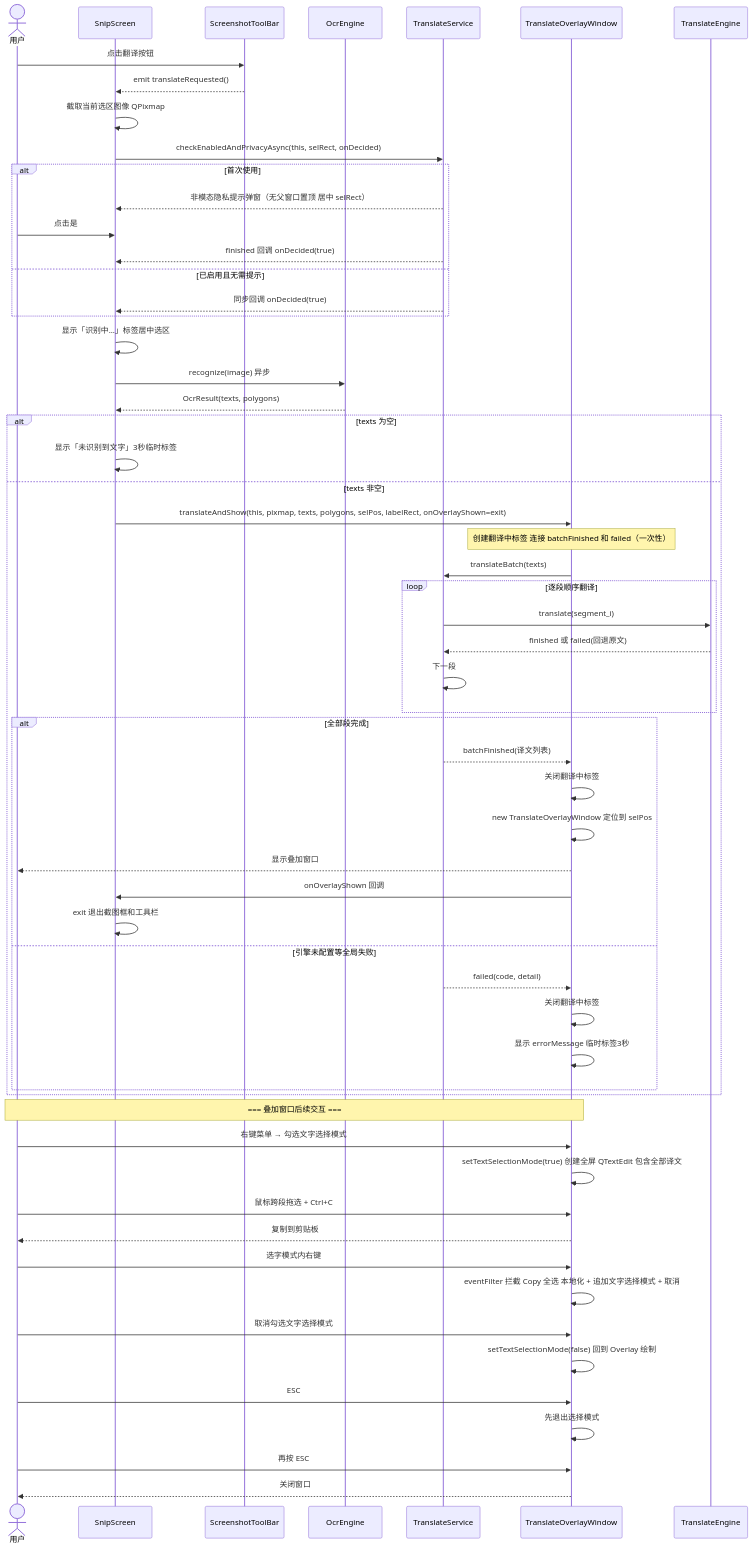
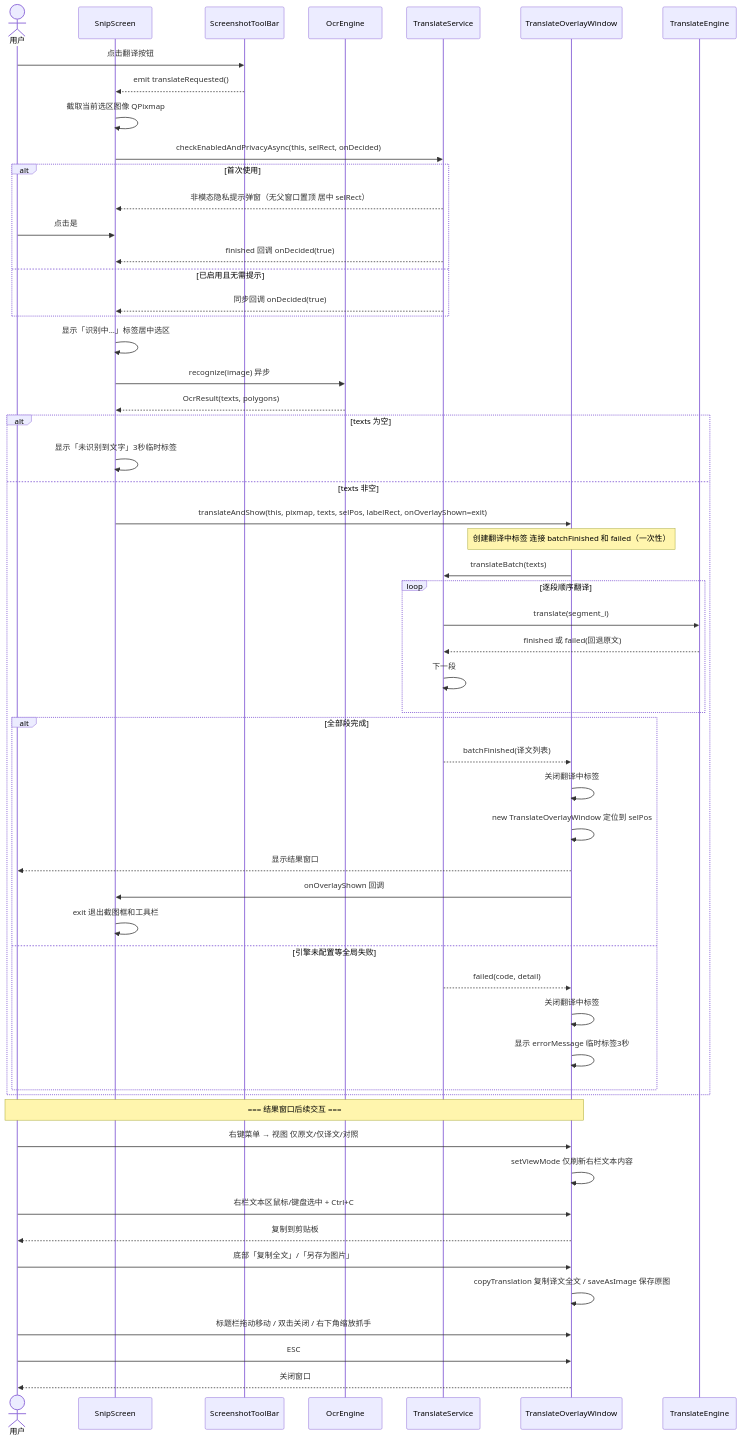
One commit to ChiangyangNPU/quick-shot changed the eighth of 12 diagrams in docs/translation-design.md. Above: the diagram before and after it, drawn with Mermaid. The commit also changed other lines of this file and 5 other files, not shown here.

````diff
--- a/docs/translation-design.md
+++ b/docs/translation-design.md
@@ -510,66 +508,63 @@
 ```mermaid
 sequenceDiagram
     actor U as 用户
     participant S as SnipScreen
     participant T as ScreenshotToolBar
     participant O as OcrEngine
     participant TS as TranslateService
     participant OW as TranslateOverlayWindow
     participant EN as TranslateEngine
 
     U->>T: 点击翻译按钮
     T-->>S: emit translateRequested()
     S->>S: 截取当前选区图像 QPixmap
     S->>TS: checkEnabledAndPrivacyAsync(this, selRect, onDecided)
     alt 首次使用
         TS-->>S: 非模态隐私提示弹窗（无父窗口置顶 居中 selRect）
         U->>S: 点击是
         TS-->>S: finished 回调 onDecided(true)
     else 已启用且无需提示
         TS-->>S: 同步回调 onDecided(true)
     end
 
     S->>S: 显示「识别中...」标签居中选区
     S->>O: recognize(image) 异步
     O-->>S: OcrResult(texts, polygons)
     alt texts 为空
         S->>S: 显示「未识别到文字」3秒临时标签
     else texts 非空
-        S->>OW: translateAndShow(this, pixmap, texts, polygons, selPos, labelRect, onOverlayShown=exit)
+        S->>OW: translateAndShow(this, pixmap, texts, selPos, labelRect, onOverlayShown=exit)
         Note over OW: 创建翻译中标签 连接 batchFinished 和 failed（一次性）
         OW->>TS: translateBatch(texts)
 
         loop 逐段顺序翻译
             TS->>EN: translate(segment_i)
             EN-->>TS: finished 或 failed(回退原文)
             TS->>TS: 下一段
         end
 
         alt 全部段完成
             TS-->>OW: batchFinished(译文列表)
             OW->>OW: 关闭翻译中标签
             OW->>OW: new TranslateOverlayWindow 定位到 selPos
-            OW-->>U: 显示叠加窗口
+            OW-->>U: 显示结果窗口
             OW->>S: onOverlayShown 回调
             S->>S: exit 退出截图框和工具栏
         else 引擎未配置等全局失败
             TS-->>OW: failed(code, detail)
             OW->>OW: 关闭翻译中标签
             OW->>OW: 显示 errorMessage 临时标签3秒
         end
     end
 
-    Note over U,OW: === 叠加窗口后续交互 ===
-    U->>OW: 右键菜单 → 勾选文字选择模式
-    OW->>OW: setTextSelectionMode(true) 创建全屏 QTextEdit 包含全部译文
-    U->>OW: 鼠标跨段拖选 + Ctrl+C
+    Note over U,OW: === 结果窗口后续交互 ===
+    U->>OW: 右键菜单 → 视图 仅原文/仅译文/对照
+    OW->>OW: setViewMode 仅刷新右栏文本内容
+    U->>OW: 右栏文本区鼠标/键盘选中 + Ctrl+C
     OW-->>U: 复制到剪贴板
-    U->>OW: 选字模式内右键
-    OW->>OW: eventFilter 拦截 Copy 全选 本地化 + 追加文字选择模式 + 取消
-    U->>OW: 取消勾选文字选择模式
-    OW->>OW: setTextSelectionMode(false) 回到 Overlay 绘制
+    U->>OW: 底部「复制全文」/「另存为图片」
+    OW->>OW: copyTranslation 复制译文全文 / saveAsImage 保存原图
+    U->>OW: 标题栏拖动移动 / 双击关闭 / 右下角缩放抓手
     U->>OW: ESC
-    OW->>OW: 先退出选择模式
-    U->>OW: 再按 ESC
     OW-->>U: 关闭窗口
 ```
````
